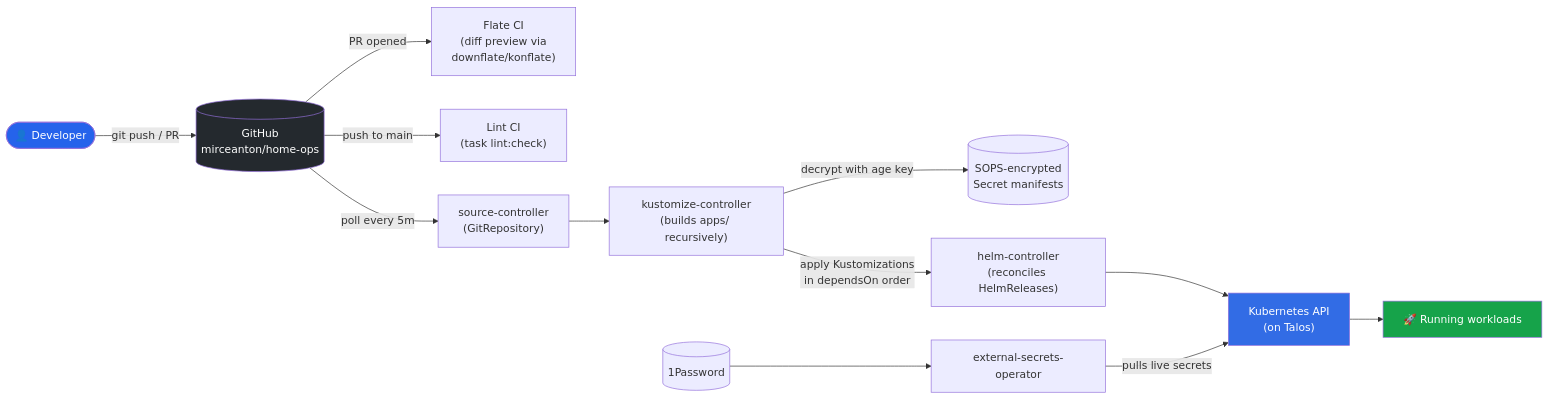
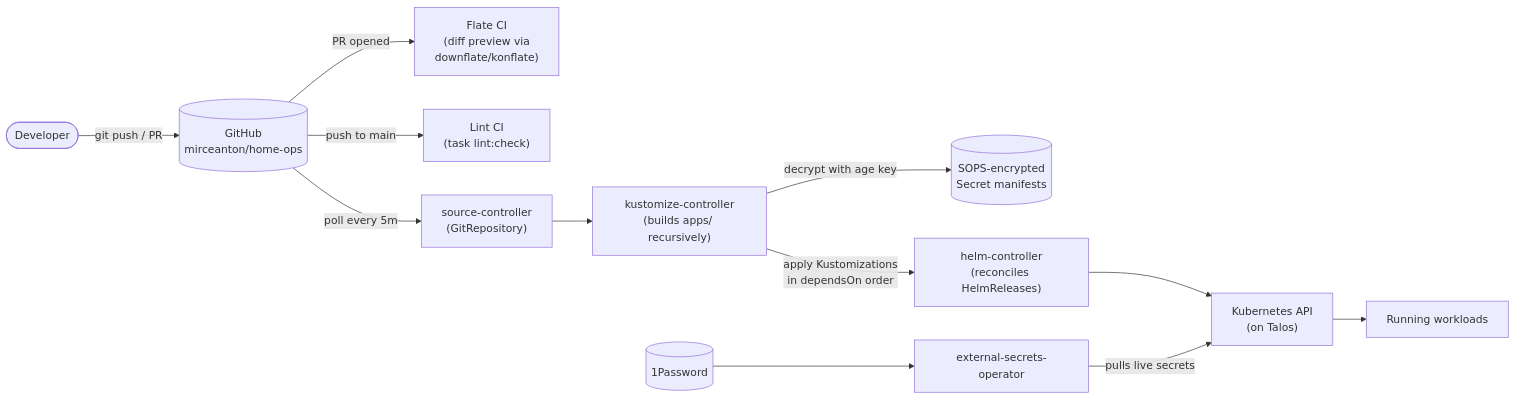
The first of 3 diagrams in README.md (mirceanton/home-ops), drawn with Mermaid before and after one commit. The commit also changed other lines of this file, not shown here.

````diff
--- a/README.md
+++ b/README.md
@@ -72,24 +71,19 @@
 ```mermaid
 flowchart LR
-    Dev([👤 Developer]) -->|"git push / PR"| GH[("GitHub\nmirceanton/home-ops")]
+    Dev([Developer]) -->|"git push / PR"| GH[("GitHub\nmirceanton/home-ops")]
 
     GH -->|"PR opened"| Flate["Flate CI\n(diff preview via\ndownflate/konflate)"]
     GH -->|"push to main"| Lint["Lint CI\n(task lint:check)"]
 
     GH -->|"poll every 5m"| SC["source-controller\n(GitRepository)"]
     SC --> KC["kustomize-controller\n(builds apps/ recursively)"]
 
     KC -->|"decrypt with age key"| SOPS[("SOPS-encrypted\nSecret manifests")]
     KC -->|"apply Kustomizations\nin dependsOn order"| HC["helm-controller\n(reconciles HelmReleases)"]
 
     HC --> API["Kubernetes API\n(on Talos)"]
     ESO["external-secrets-operator"] -->|"pulls live secrets"| API
     OnePw[("1Password")] --> ESO
 
-    API --> Workloads["🚀 Running workloads"]
-
-    style Dev fill:#2563eb,color:#fff
-    style GH fill:#24292e,color:#fff
-    style API fill:#326CE5,color:#fff
-    style Workloads fill:#16a34a,color:#fff
+    API --> Workloads["Running workloads"]
 ```
````
